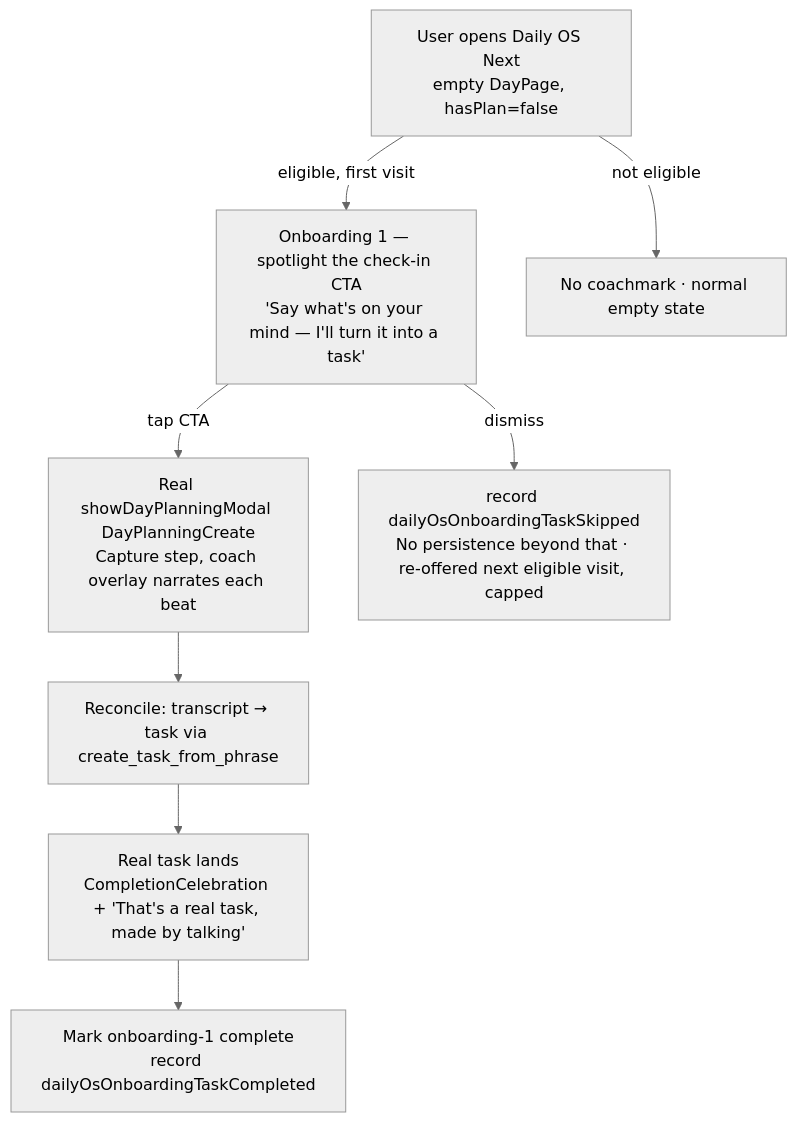
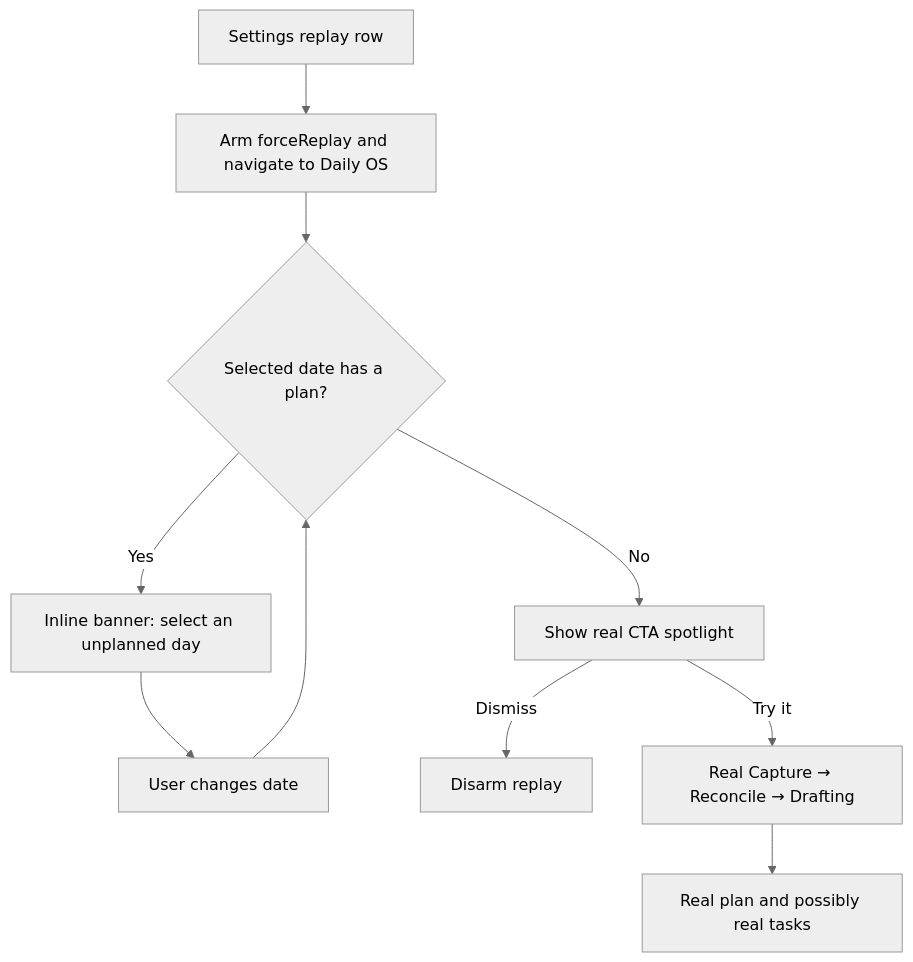
The second of 2 diagrams in docs/implementation_plans/2026-07-09_daily_os_onboarding.md (matthiasn/lotti), drawn with Mermaid (neutral theme) before and after one commit. The commit also changed other lines of this file, not shown here.

Commit message:
docs: align Daily OS onboarding plan with runtime

````diff
--- a/docs/implementation_plans/2026-07-09_daily_os_onboarding.md
+++ b/docs/implementation_plans/2026-07-09_daily_os_onboarding.md
@@ -117,10 +297,12 @@
 ```mermaid
 flowchart TD
-    A[User opens Daily OS Next\nempty DayPage, hasPlan=false] -->|eligible, first visit| B
-    A -->|not eligible| Z1[No coachmark · normal empty state]
-    B[Onboarding 1 — spotlight the check-in CTA\n'Say what's on your mind — I'll turn it into a task'] -->|tap CTA| C
-    B -->|dismiss| Z2[record dailyOsOnboardingTaskSkipped\nNo persistence beyond that · re-offered next eligible visit, capped]
-    C[Real showDayPlanningModal DayPlanningCreate\nCapture step, coach overlay narrates each beat] --> D[Reconcile: transcript → task via create_task_from_phrase]
-    D --> E[Real task lands\nCompletionCelebration + 'That's a real task, made by talking']
-    E --> F[Mark onboarding-1 complete\nrecord dailyOsOnboardingTaskCompleted]
+  A[Settings replay row] --> B[Arm forceReplay and navigate to Daily OS]
+  B --> C{Selected date has a plan?}
+  C -->|No| D[Show real CTA spotlight]
+  C -->|Yes| E[Inline banner: select an unplanned day]
+  E --> F[User changes date]
+  F --> C
+  D -->|Dismiss| G[Disarm replay]
+  D -->|Try it| H[Real Capture → Reconcile → Drafting]
+  H --> I[Real plan and possibly real tasks]
 ```
````
